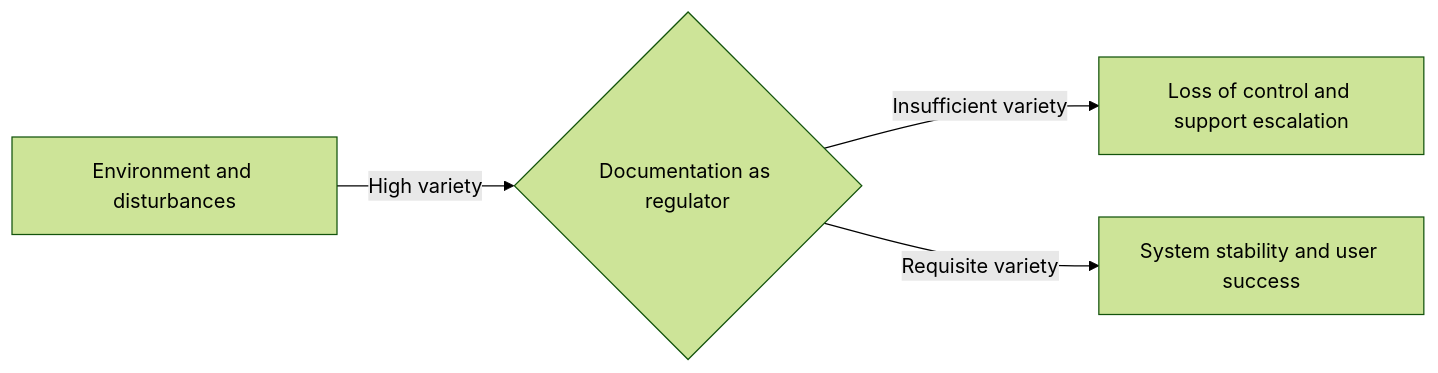
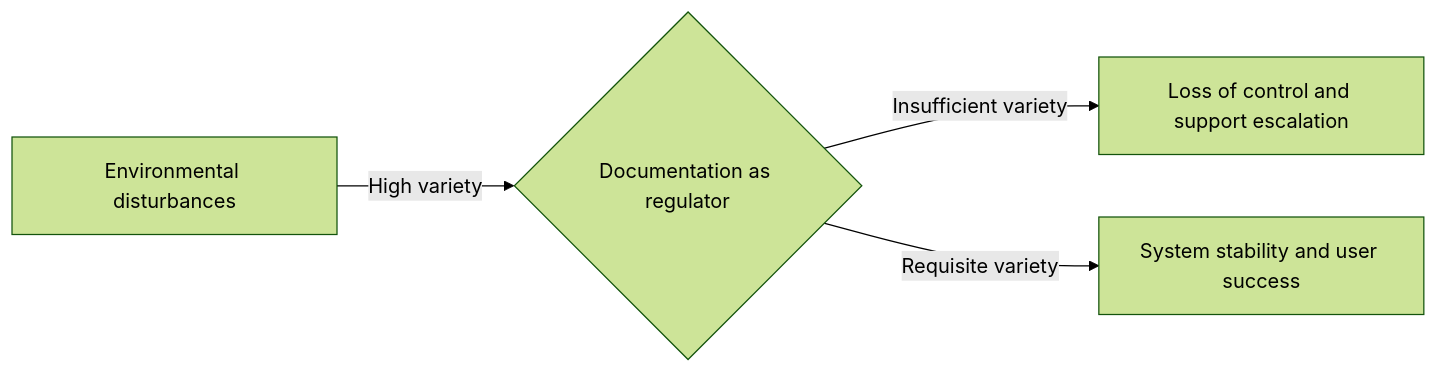
The diagram in docs/systems-thinking/law-of-requisite-variety.md (vaishvanara/techwritingkb), drawn with Mermaid (forest theme) before and after one commit. The commit also changed other lines of this file and 26 other files, not shown here.

````diff
--- a/docs/systems-thinking/law-of-requisite-variety.md
+++ b/docs/systems-thinking/law-of-requisite-variety.md
@@ -15,6 +15,6 @@
 ```mermaid
 graph LR
-    A[Environment and disturbances] -- High variety --> B{Documentation as regulator}
+    A[Environmental disturbances] -- High variety --> B{Documentation as regulator}
     B -- Insufficient variety --> C[Loss of control and support escalation]
     B -- Requisite variety --> D[System stability and user success]
 ```
````
